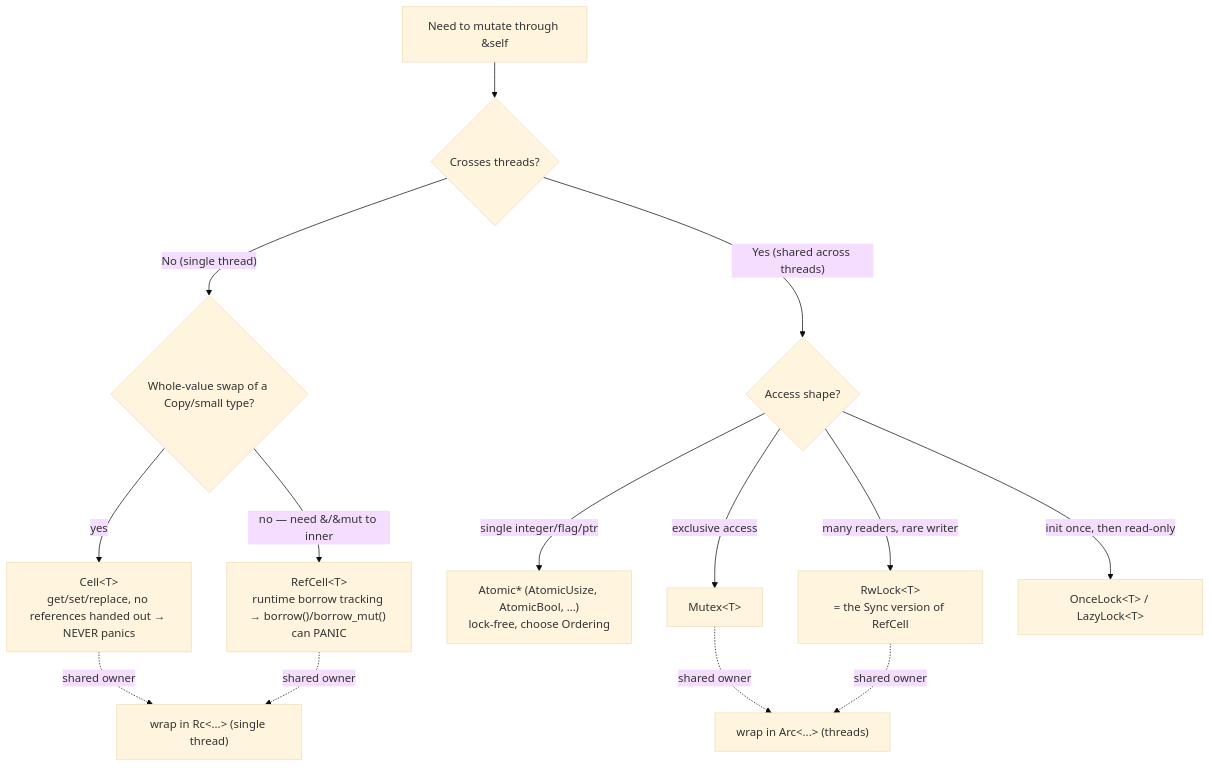
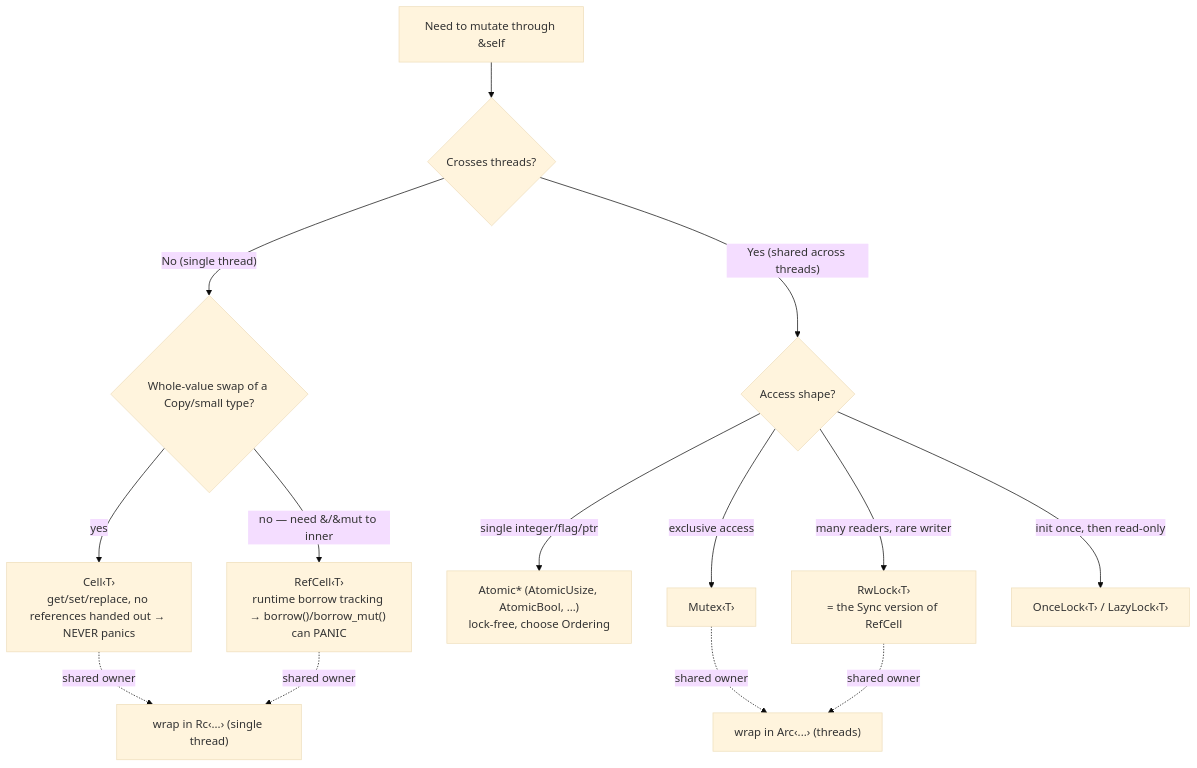
One commit to curiositech/port-daddy changed the diagram in skills/advanced-rust-patterns/references/02-interior-mutability-and-raii.md. Above: the diagram before and after it, drawn with Mermaid (base theme). The commit also changed 21 other files, not shown here.

````diff
--- a/skills/advanced-rust-patterns/references/02-interior-mutability-and-raii.md
+++ b/skills/advanced-rust-patterns/references/02-interior-mutability-and-raii.md
@@ -21,16 +21,16 @@
 ```mermaid
 flowchart TD
   A["Need to mutate through &self"] --> T{"Crosses threads?"}
   T -->|"No (single thread)"| C{"Whole-value swap of a Copy/small type?"}
-  C -->|yes| CELL["Cell&lt;T&gt;<br/>get/set/replace, no references handed out → NEVER panics"]
-  C -->|"no — need &/&mut to inner"| RC["RefCell&lt;T&gt;<br/>runtime borrow tracking → borrow()/borrow_mut() can PANIC"]
+  C -->|yes| CELL["Cell‹T›<br/>get/set/replace, no references handed out → NEVER panics"]
+  C -->|"no — need &/&mut to inner"| RC["RefCell‹T›<br/>runtime borrow tracking → borrow()/borrow_mut() can PANIC"]
   T -->|"Yes (shared across threads)"| S{"Access shape?"}
   S -->|"single integer/flag/ptr"| AT["Atomic* (AtomicUsize, AtomicBool, …)<br/>lock-free, choose Ordering"]
-  S -->|"many readers, rare writer"| RW["RwLock&lt;T&gt;<br/>= the Sync version of RefCell"]
-  S -->|"exclusive access"| MX["Mutex&lt;T&gt;"]
-  S -->|"init once, then read-only"| OL["OnceLock&lt;T&gt; / LazyLock&lt;T&gt;"]
-  CELL -.->|"shared owner"| RCb["wrap in Rc&lt;...&gt; (single thread)"]
+  S -->|"many readers, rare writer"| RW["RwLock‹T›<br/>= the Sync version of RefCell"]
+  S -->|"exclusive access"| MX["Mutex‹T›"]
+  S -->|"init once, then read-only"| OL["OnceLock‹T› / LazyLock‹T›"]
+  CELL -.->|"shared owner"| RCb["wrap in Rc‹...› (single thread)"]
   RC -.->|"shared owner"| RCb
-  MX -.->|"shared owner"| ARC["wrap in Arc&lt;...&gt; (threads)"]
+  MX -.->|"shared owner"| ARC["wrap in Arc‹...› (threads)"]
   RW -.->|"shared owner"| ARC
 ```
````
